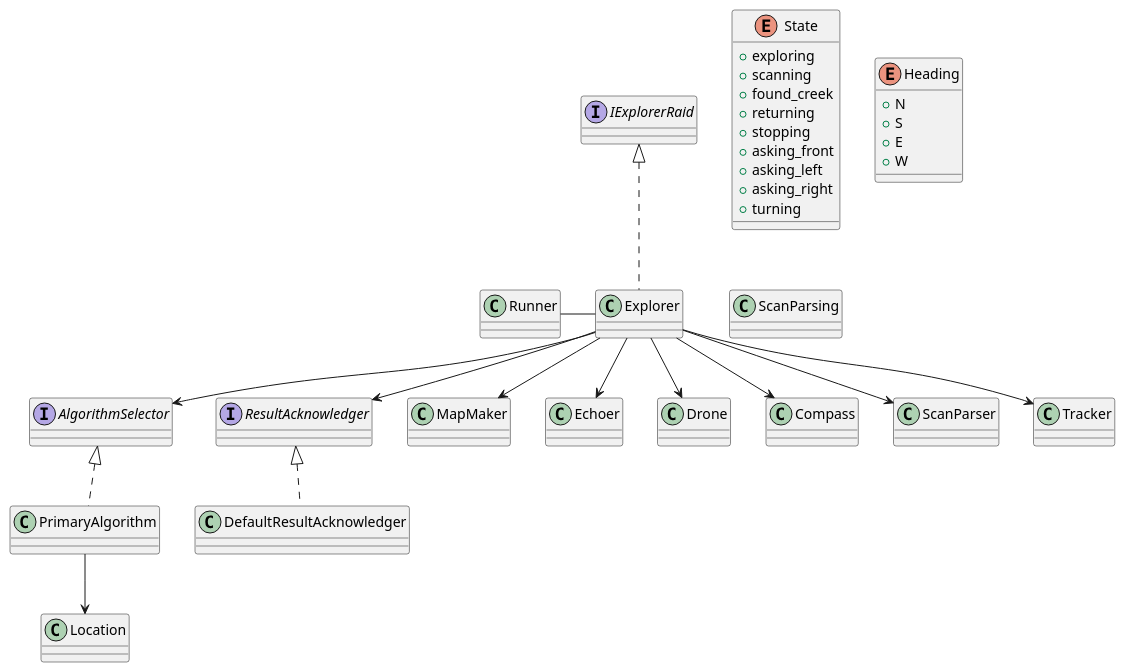
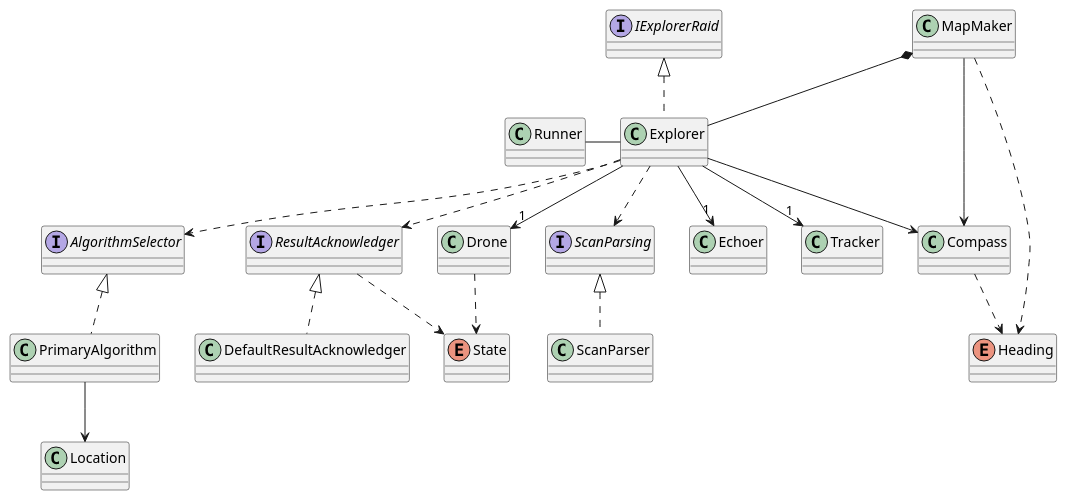
The diagram in HighLevelUML.plantuml (nehadst/Drone-Rescue), drawn with PlantUML before and after one commit. The commit also changed 1 other file, not shown here.

Commit message:
Added all class and enum relationships to high level UML diagram #11

```diff
--- a/HighLevelUML.plantuml
+++ b/HighLevelUML.plantuml
@@ -1,56 +1,45 @@
 @startuml HighLevel_UML
 
-class Runner 
+interface IExplorerRaid
+interface AlgorithmSelector
+interface ResultAcknowledger
+interface ScanParsing
+
+class Compass
+class DefaultResultAcknowledger implements ResultAcknowledger
+class Drone
+class Echoer
+class Explorer implements IExplorerRaid 
+class Location
+class MapMaker 
+class PrimaryAlgorithm implements AlgorithmSelector
+class Runner
+class ScanParser implements ScanParsing
+class Tracker
+
+enum State
+enum Heading
+
+Compass ..> Heading
+
+Drone ..> State
+
+Explorer --> "1" Echoer
+Explorer --> "1" Drone
+Explorer --> Compass
+Explorer ..> ScanParsing
+Explorer --> "1" Tracker
+Explorer ..> AlgorithmSelector
+Explorer ..> ResultAcknowledger
+
+MapMaker --> Compass
+MapMaker *-- Explorer
+MapMaker ..> Heading
+
+PrimaryAlgorithm --> Location
+
+ResultAcknowledger ..> State
 
 Runner - Explorer
 
-interface IExplorerRaid
-
-interface AlgorithmSelector
-
-interface ResultAcknowledger
-
-class Explorer implements IExplorerRaid 
-
-enum State {
-    +exploring
-    +scanning
-    +found_creek
-    +returning
-    +stopping
-    +asking_front
-    +asking_left
-    +asking_right
-    +turning
-}
-
-Explorer --> MapMaker
-Explorer --> Echoer
-Explorer --> Drone
-Explorer --> Compass
-Explorer --> ScanParser
-Explorer --> Tracker
-Explorer --> AlgorithmSelector
-Explorer --> ResultAcknowledger
-
-class MapMaker 
-
-class Tracker
-
-class PrimaryAlgorithm implements AlgorithmSelector
-class DefaultResultAcknowledger implements ResultAcknowledger
-
-enum Heading {
-    + N 
-    + S 
-    + E 
-    + W 
-}
-
-PrimaryAlgorithm --> Location
-
-class Location 
-
-class ScanParsing
-
 @enduml
```
